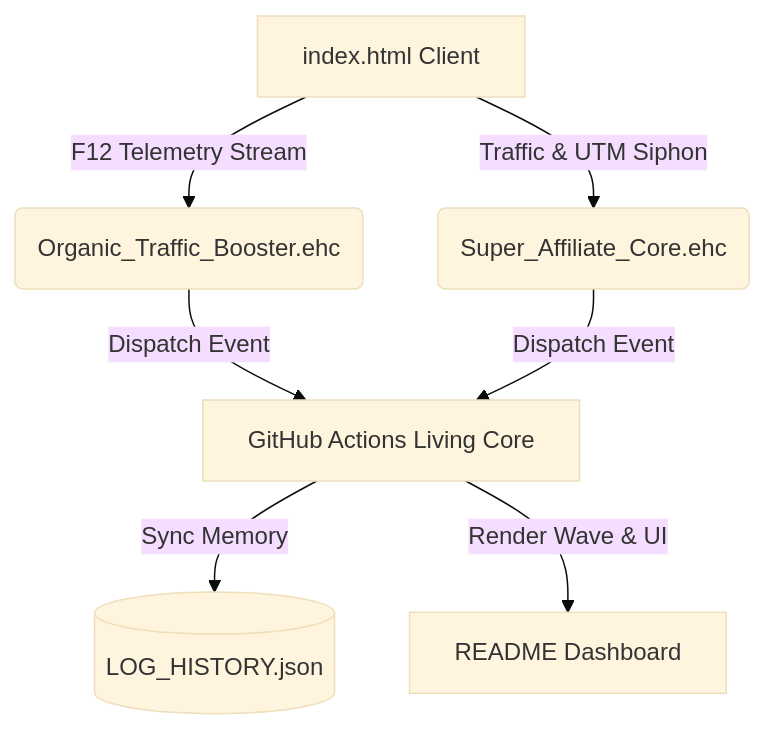
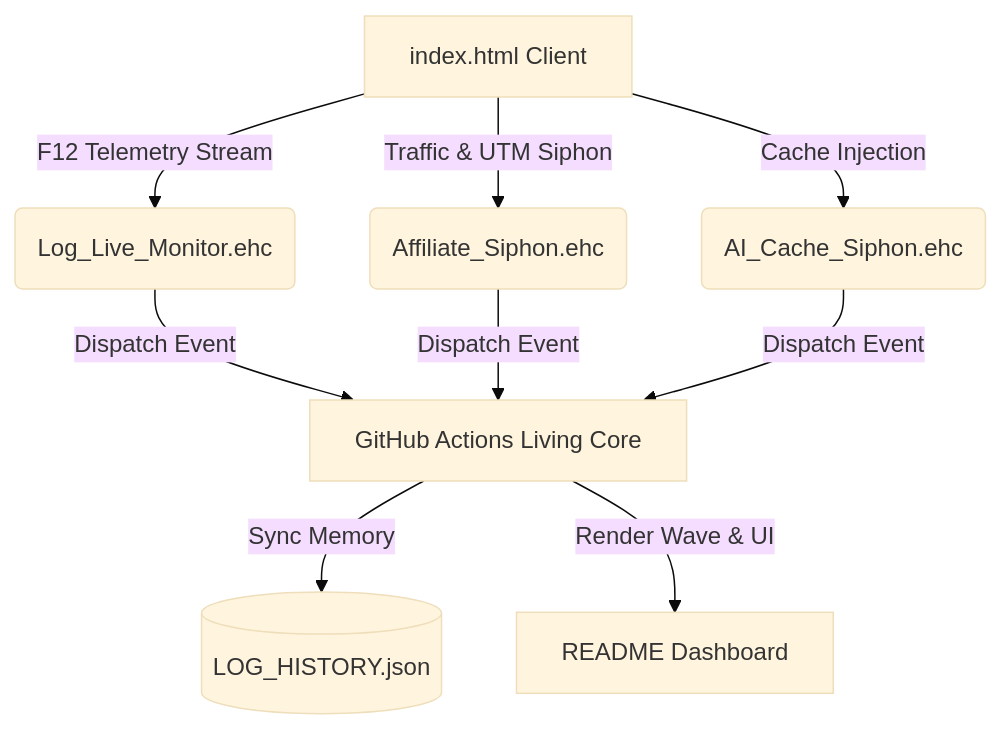
The diagram in README.md (donabico-media-system/8000kicks), drawn with Mermaid (base theme) before and after one commit. The commit also changed other lines of this file and 3 other files, not shown here.

````diff
--- a/README.md
+++ b/README.md
@@ -16,9 +16,11 @@
 ```mermaid
 graph TD;
-    A[index.html Client] -->|F12 Telemetry Stream| B(Organic_Traffic_Booster.ehc);
-    A -->|Traffic & UTM Siphon| C(Super_Affiliate_Core.ehc);
+    A[index.html Client] -->|F12 Telemetry Stream| B(Log_Live_Monitor.ehc);
+    A -->|Traffic & UTM Siphon| C(Affiliate_Siphon.ehc);
+    A -->|Cache Injection| D(AI_Cache_Siphon.ehc);
     B -->|Dispatch Event| E[GitHub Actions Living Core];
     C -->|Dispatch Event| E;
+    D -->|Dispatch Event| E;
     E -->|Sync Memory| F[(LOG_HISTORY.json)];
     E -->|Render Wave & UI| G[README Dashboard];
 ```
````
